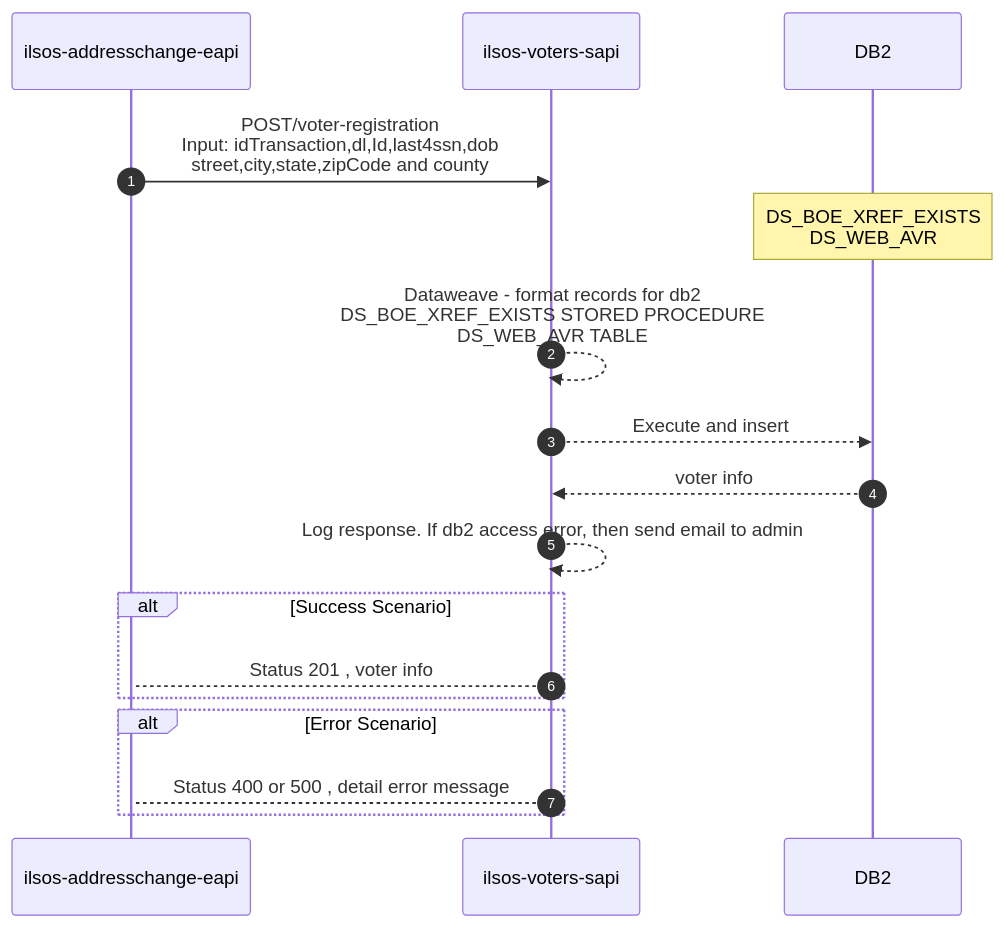
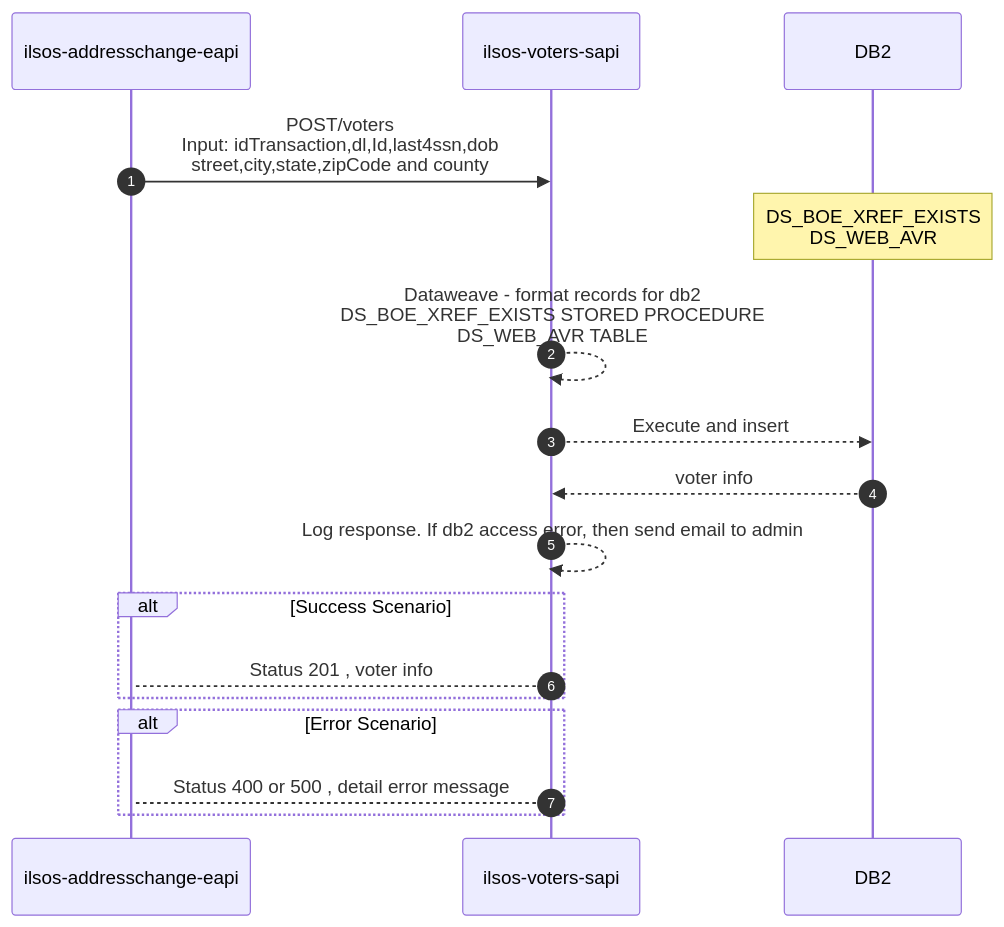
Before and after one commit to acme-devs/ilsos-voters-sapi: the diagram in README.md, drawn with Mermaid. The commit also changed other lines of this file, not shown here.

````diff
--- a/README.md
+++ b/README.md
@@ -25,20 +25,20 @@
 ```mermaid
 sequenceDiagram
     autonumber
     participant eapi as ilsos-addresschange-eapi
     participant api as ilsos-voters-sapi
     participant db2 as DB2
     
-    eapi->>api:POST/voter-registration <br>Input: idTransaction,dl,Id,last4ssn,dob<br>street,city,state,zipCode and county
+    eapi->>api:POST/voters <br>Input: idTransaction,dl,Id,last4ssn,dob<br>street,city,state,zipCode and county
     note over db2:DS_BOE_XREF_EXISTS<br>DS_WEB_AVR
     api-->>api:Dataweave - format records for db2<BR> DS_BOE_XREF_EXISTS STORED PROCEDURE<br>DS_WEB_AVR TABLE
     api-->>db2: Execute and insert 
     db2-->>api: voter info
     api-->>api:Log response. If db2 access error, then send email to admin
     alt Success Scenario 
         api-->eapi: Status 201 , voter info
     end
     alt Error Scenario 
         api-->eapi: Status 400 or 500 , detail error message
     end
   ```
````
